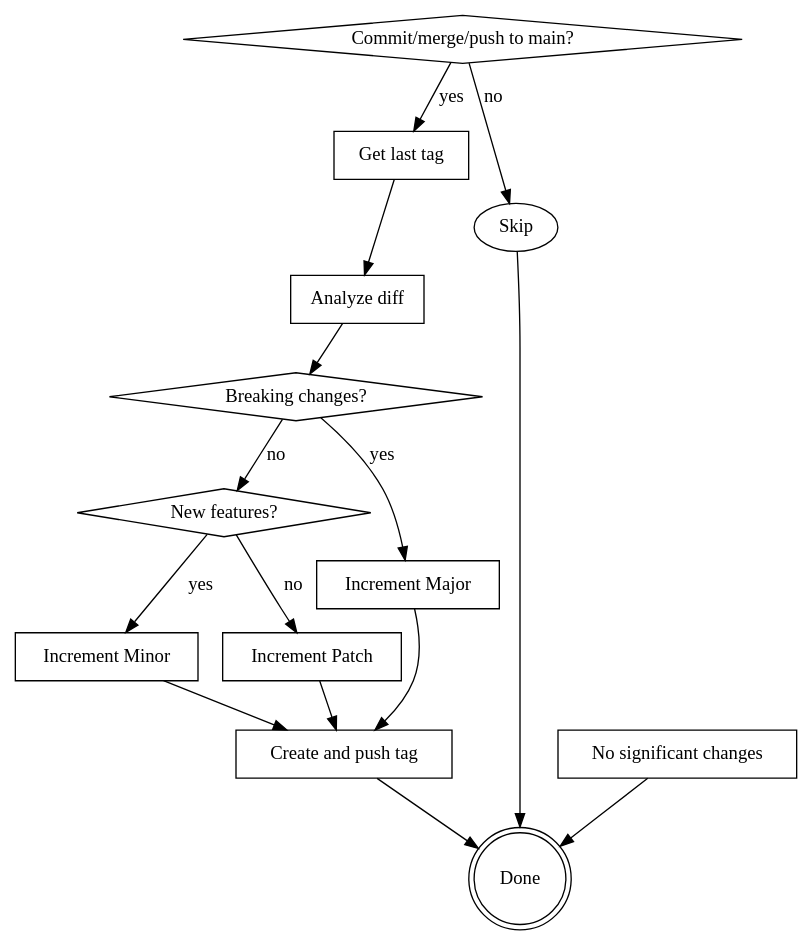
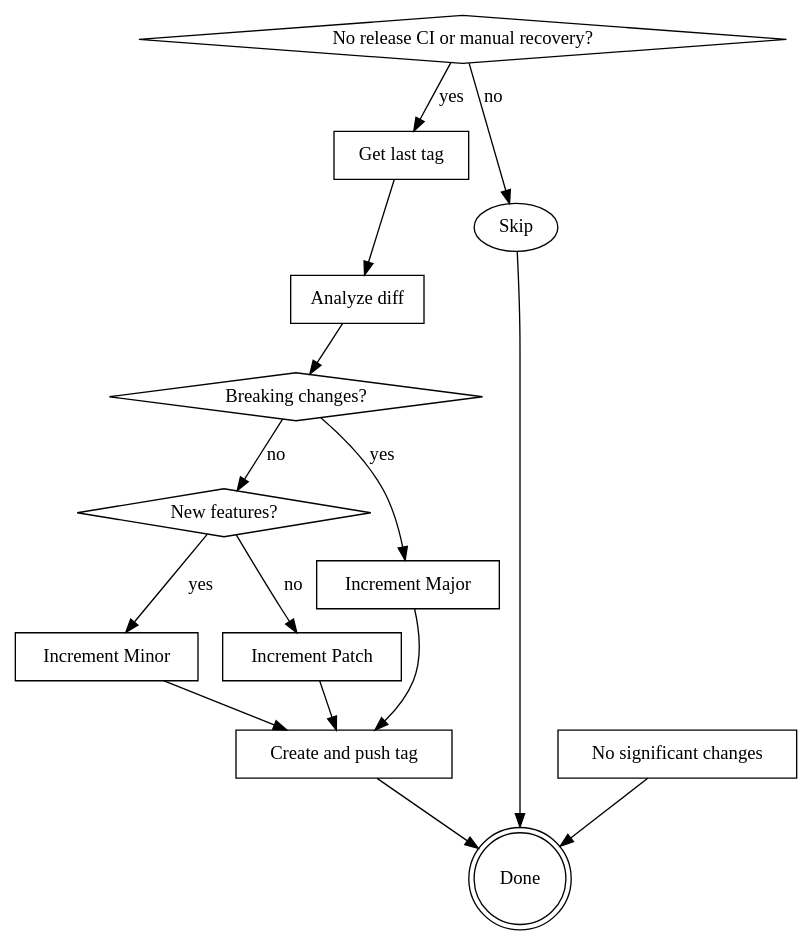
Before and after one commit to JavierDevCol/ia-dev-toolkit: the diagram in skills/auto-versioning/SKILL.md, drawn with Graphviz. The commit also changed other lines of this file, not shown here.

Commit message:
docs: scope auto-versioning skill to manual recovery

````diff
--- a/skills/auto-versioning/SKILL.md
+++ b/skills/auto-versioning/SKILL.md
@@ -25,30 +25,30 @@
 ```dot
 digraph version_flowchart {
-    "Commit/merge/push to main?" [shape=diamond];
+    "No release CI or manual recovery?" [shape=diamond];
     "Get last tag" [shape=box];
     "Analyze diff" [shape=box];
     "Breaking changes?" [shape=diamond];
     "New features?" [shape=diamond];
     "Increment Major" [shape=box];
     "Increment Minor" [shape=box];
     "Increment Patch" [shape=box];
     "Create and push tag" [shape=box];
     "No significant changes" [shape=box];
 
-    "Commit/merge/push to main?" -> "Get last tag" [label="yes"];
-    "Commit/merge/push to main?" -> "Skip" [label="no"];
+    "No release CI or manual recovery?" -> "Get last tag" [label="yes"];
+    "No release CI or manual recovery?" -> "Skip" [label="no"];
     "Get last tag" -> "Analyze diff";
     "Analyze diff" -> "Breaking changes?";
     "Breaking changes?" -> "Increment Major" [label="yes"];
     "Breaking changes?" -> "New features?" [label="no"];
     "New features?" -> "Increment Minor" [label="yes"];
     "New features?" -> "Increment Patch" [label="no"];
     "Increment Major" -> "Create and push tag";
     "Increment Minor" -> "Create and push tag";
     "Increment Patch" -> "Create and push tag";
     "Create and push tag" -> "Done";
     "No significant changes" -> "Done";
     "Skip" -> "Done";
     "Done" [shape=doublecircle];
 }
 ```
````
